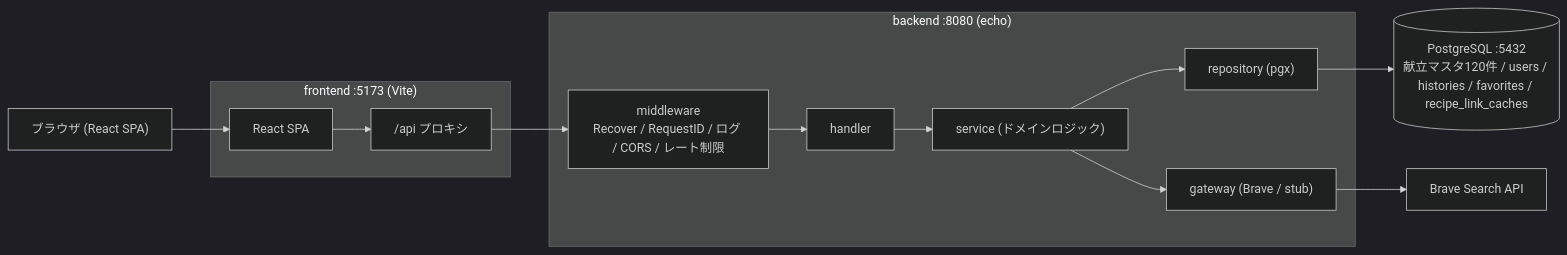
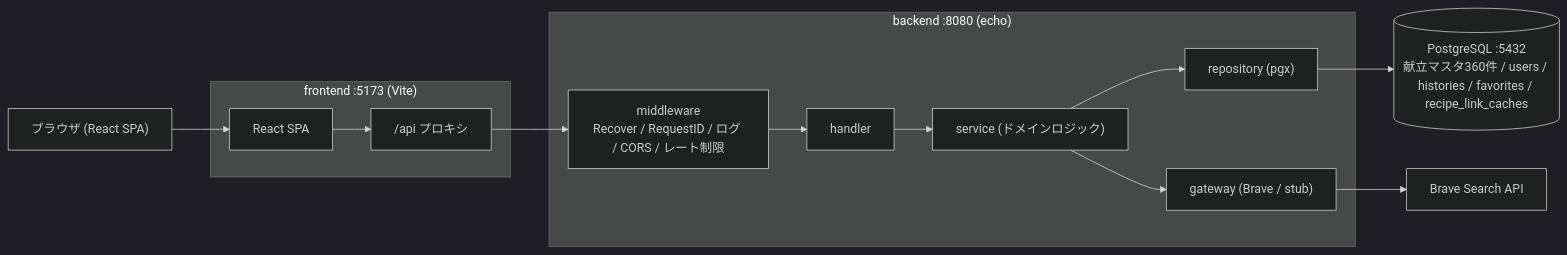
One commit to yuuyakim/menu-planner changed the diagram in README.md. Above: the diagram before and after it, drawn with Mermaid (dark theme). The commit also changed other lines of this file and 4 other files, not shown here.

````diff
--- a/README.md
+++ b/README.md
@@ -25,21 +25,21 @@
 ```mermaid
 flowchart LR
     Browser["ブラウザ (React SPA)"]
     subgraph Frontend["frontend :5173 (Vite)"]
         SPA["React SPA"]
         Proxy["/api プロキシ"]
     end
     subgraph Backend["backend :8080 (echo)"]
         MW["middleware<br/>Recover / RequestID / ログ / CORS / レート制限"]
         H["handler"]
         S["service (ドメインロジック)"]
         R["repository (pgx)"]
         G["gateway (Brave / stub)"]
     end
-    DB[("PostgreSQL :5432<br/>献立マスタ120件 / users / histories / favorites / recipe_link_caches")]
+    DB[("PostgreSQL :5432<br/>献立マスタ360件 / users / histories / favorites / recipe_link_caches")]
     Brave["Brave Search API"]
 
     Browser --> SPA --> Proxy --> MW --> H --> S
     S --> R --> DB
     S --> G --> Brave
 ```
````
